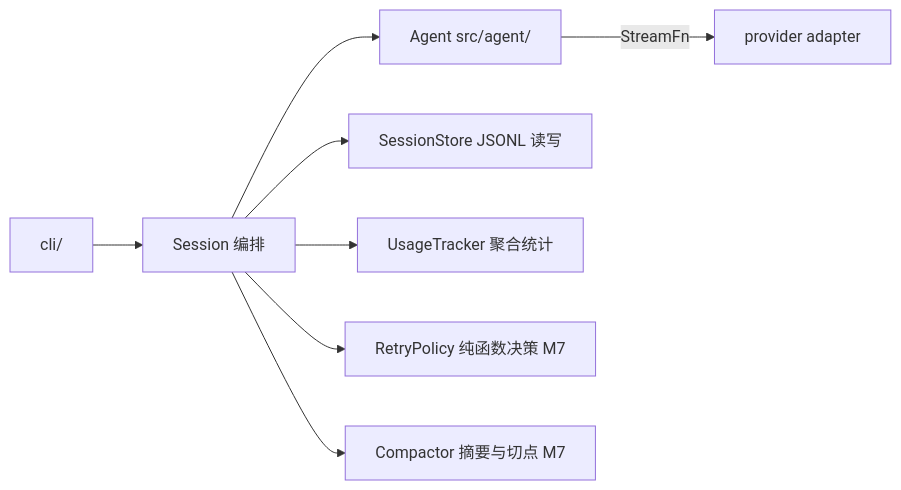
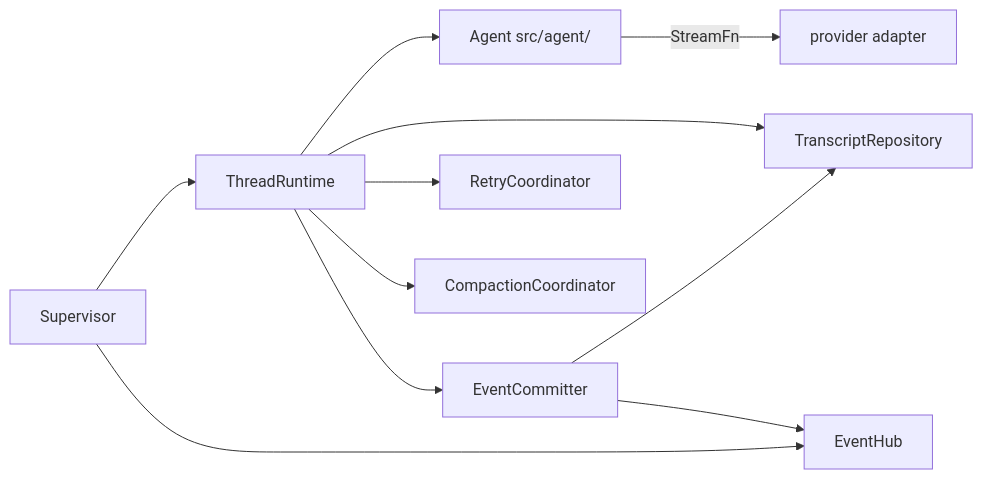
The first of 2 diagrams in docs/08-session-persistence.md (rita152/coda), drawn with Mermaid before and after one commit. The commit also changed other lines of this file and 14 other files, not shown here.

First line of the commit message:
Freeze supervisor runtime design baseline

````diff
--- a/docs/08-session-persistence.md
+++ b/docs/08-session-persistence.md
@@ -30,10 +39,13 @@
 ```mermaid
 flowchart LR
-  CLI[cli/] --> S[Session 编排]
-  S --> A[Agent  src/agent/]
+  SU[Supervisor] --> TR[ThreadRuntime]
+  SU --> EH[Workspace EventHub]
+  TR --> A[Agent  src/agent/]
   A -- StreamFn --> P[provider adapter]
-  S --> ST[SessionStore  JSONL 读写]
-  S --> UT[UsageTracker  聚合统计]
-  S --> RP[RetryPolicy  纯函数决策 M7]
-  S --> CP[Compactor  摘要与切点 M7]
+  TR --> RP[TranscriptRepository]
+  TR --> RC[RetryCoordinator]
+  TR --> CC[CompactionCoordinator]
+  TR --> EC[EventCommitter]
+  EC --> RP
+  EC --> EH[EventHub]
 ```
````
